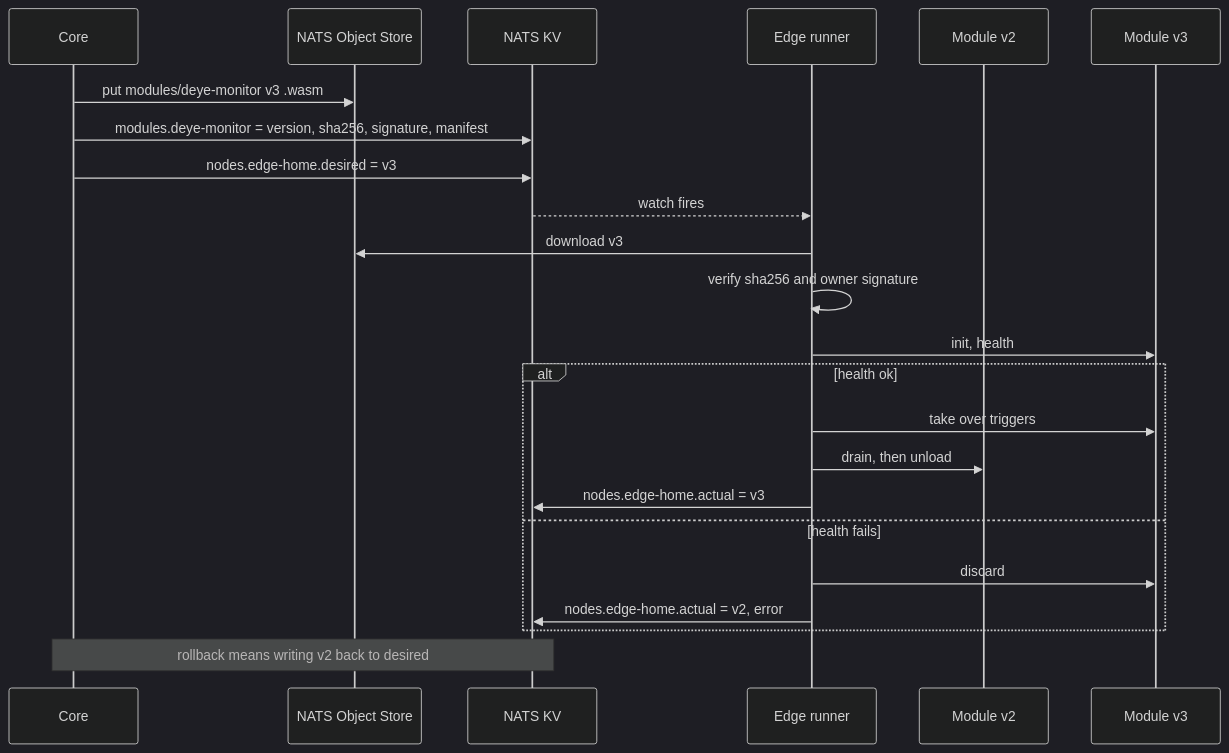
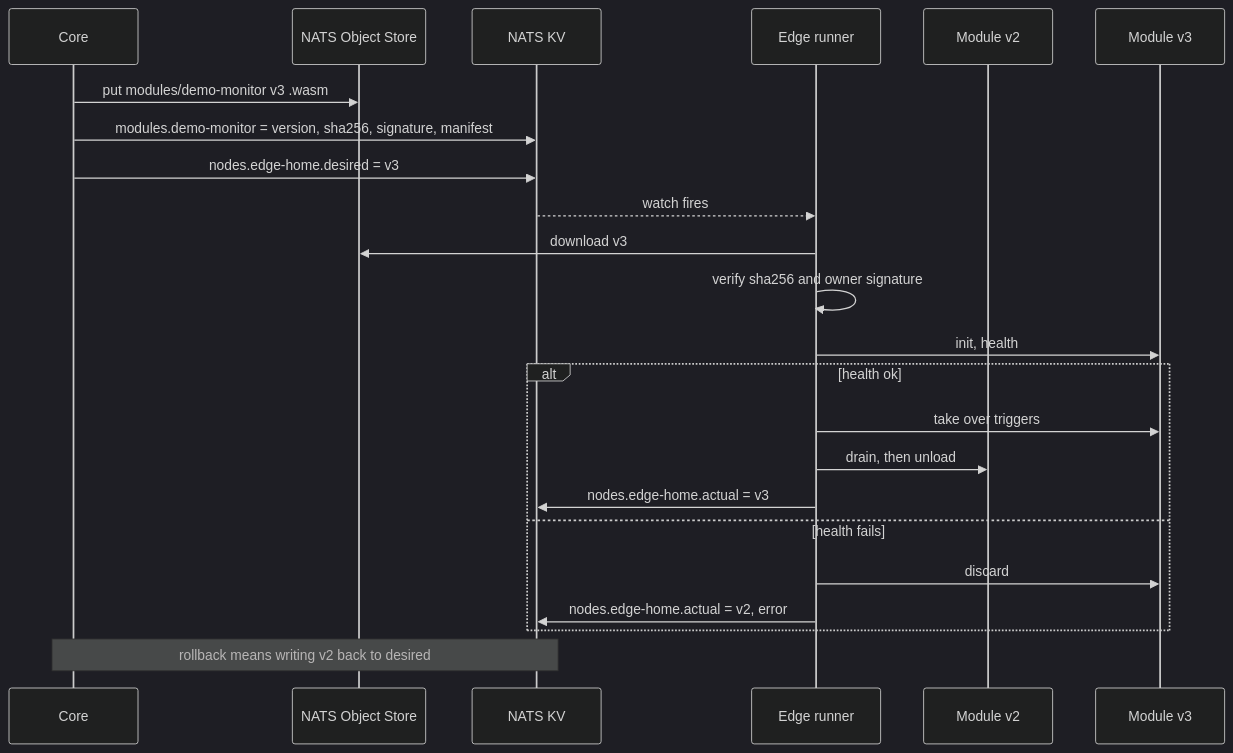
Before and after one commit to igorrius/ganglion: diagram 15 of 16 in docs/architecture/04-runtime.md, drawn with Mermaid (dark theme). The commit also changed other lines of this file and 65 other files, not shown here.

````diff
--- a/docs/architecture/04-runtime.md
+++ b/docs/architecture/04-runtime.md
@@ -605,26 +605,26 @@
 ```mermaid
 sequenceDiagram
     participant Core as Core
     participant OS as NATS Object Store
     participant KV as NATS KV
     participant E as Edge runner
     participant Old as Module v2
     participant New as Module v3
 
-    Core->>OS: put modules/deye-monitor v3 .wasm
-    Core->>KV: modules.deye-monitor = version, sha256, signature, manifest
+    Core->>OS: put modules/demo-monitor v3 .wasm
+    Core->>KV: modules.demo-monitor = version, sha256, signature, manifest
     Core->>KV: nodes.edge-home.desired = v3
     KV-->>E: watch fires
     E->>OS: download v3
     E->>E: verify sha256 and owner signature
     E->>New: init, health
     alt health ok
         E->>New: take over triggers
         E->>Old: drain, then unload
         E->>KV: nodes.edge-home.actual = v3
     else health fails
         E->>New: discard
         E->>KV: nodes.edge-home.actual = v2, error
     end
     Note over Core,KV: rollback means writing v2 back to desired
 ```
````
